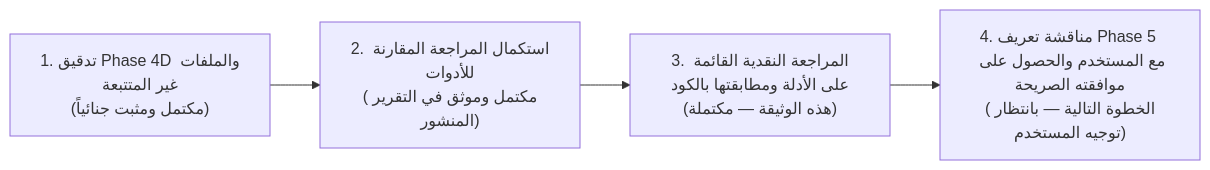
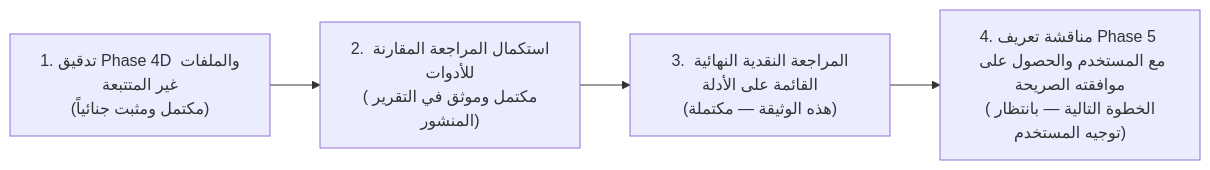
One commit to QQYC9/ai-employee-platform changed the diagram in docs/audit/comparative-review/CRITICAL_EVIDENCE_REVIEW.md. Above: the diagram before and after it, drawn with Mermaid. The commit also changed other lines of this file, not shown here.

````diff
--- a/docs/audit/comparative-review/CRITICAL_EVIDENCE_REVIEW.md
+++ b/docs/audit/comparative-review/CRITICAL_EVIDENCE_REVIEW.md
@@ -335,6 +274,6 @@
 ```mermaid
 flowchart LR
     Step1["1. تدقيق Phase 4D والملفات غير المتتبعة<br/>(مكتمل ومثبت جنائياً)"] --> Step2["2. استكمال المراجعة المقارنة للأدوات<br/>(مكتمل وموثق في التقرير المنشور)"]
-    Step2 --> Step3["3. المراجعة النقدية القائمة على الأدلة ومطابقتها بالكود<br/>(هذه الوثيقة — مكتملة)"]
+    Step2 --> Step3["3. المراجعة النقدية النهائية القائمة على الأدلة<br/>(هذه الوثيقة — مكتملة)"]
     Step3 --> Step4["4. مناقشة تعريف Phase 5 مع المستخدم والحصول على موافقته الصريحة<br/>(الخطوة التالية — بانتظار توجيه المستخدم)"]
 ```
````
